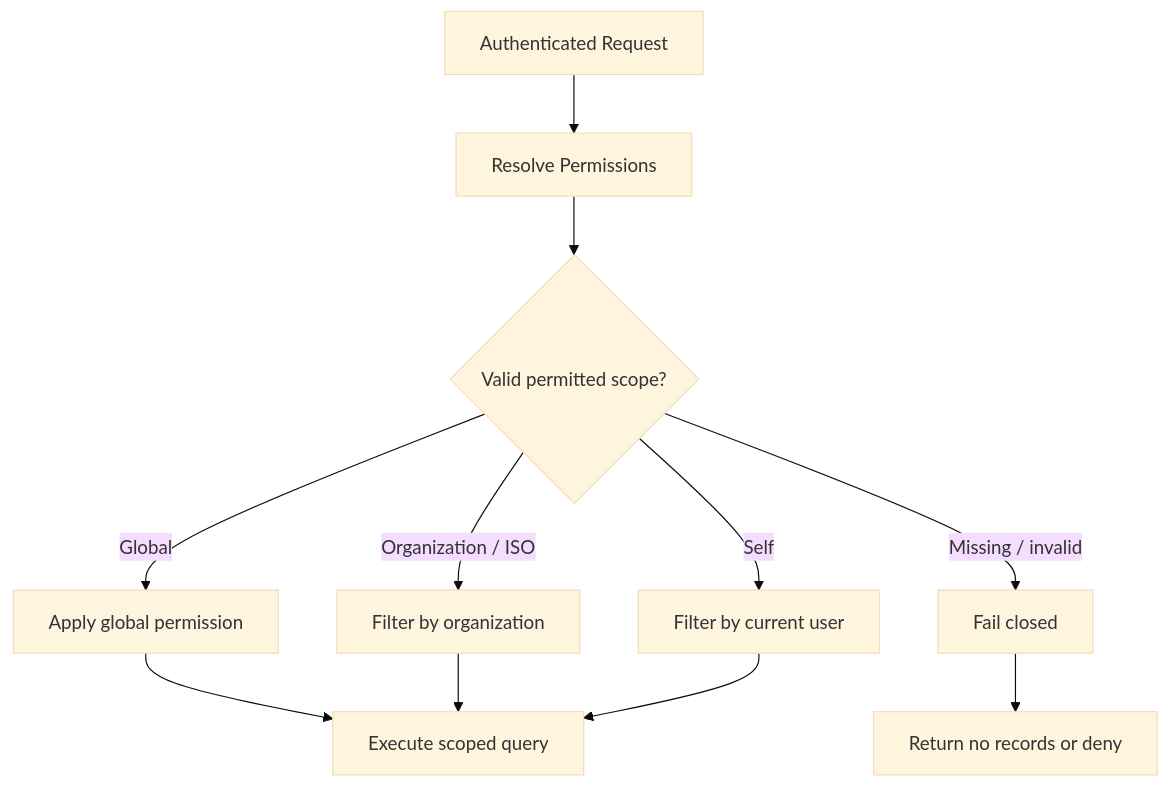
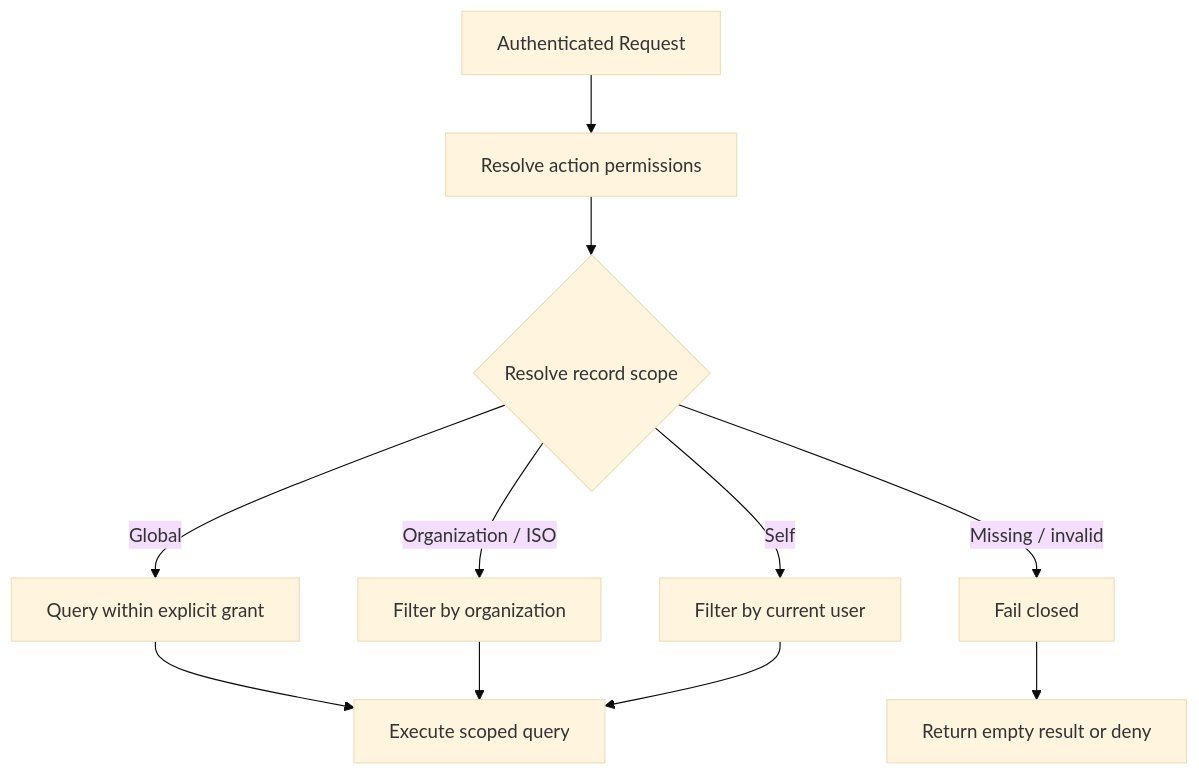
Before and after one commit to Nawaz393/enterprise-retail-saas-architecture: the diagram in diagrams/authorization-flow.mmd, drawn with Mermaid (base theme). The commit also changed 21 other files, not shown here.

First line of the commit message:
Refactor documentation and diagrams for clarity and accuracy

```diff
--- a/diagrams/authorization-flow.mmd
+++ b/diagrams/authorization-flow.mmd
@@ -1,11 +1,11 @@
 flowchart TD
-    REQUEST[Authenticated Request] --> PERMS[Resolve Permissions]
-    PERMS --> SCOPE{Valid permitted scope?}
-    SCOPE -->|Global| GLOBAL[Apply global permission]
+    REQUEST[Authenticated Request] --> PERM[Resolve action permissions]
+    PERM --> SCOPE{Resolve record scope}
+    SCOPE -->|Global| ALL[Query within explicit grant]
     SCOPE -->|Organization / ISO| ORG[Filter by organization]
     SCOPE -->|Self| SELF[Filter by current user]
     SCOPE -->|Missing / invalid| FAIL[Fail closed]
-    GLOBAL --> QUERY[Execute scoped query]
-    ORG --> QUERY
-    SELF --> QUERY
-    FAIL --> EMPTY[Return no records or deny]
+    ALL --> RESULT[Execute scoped query]
+    ORG --> RESULT
+    SELF --> RESULT
+    FAIL --> EMPTY[Return empty result or deny]
```
